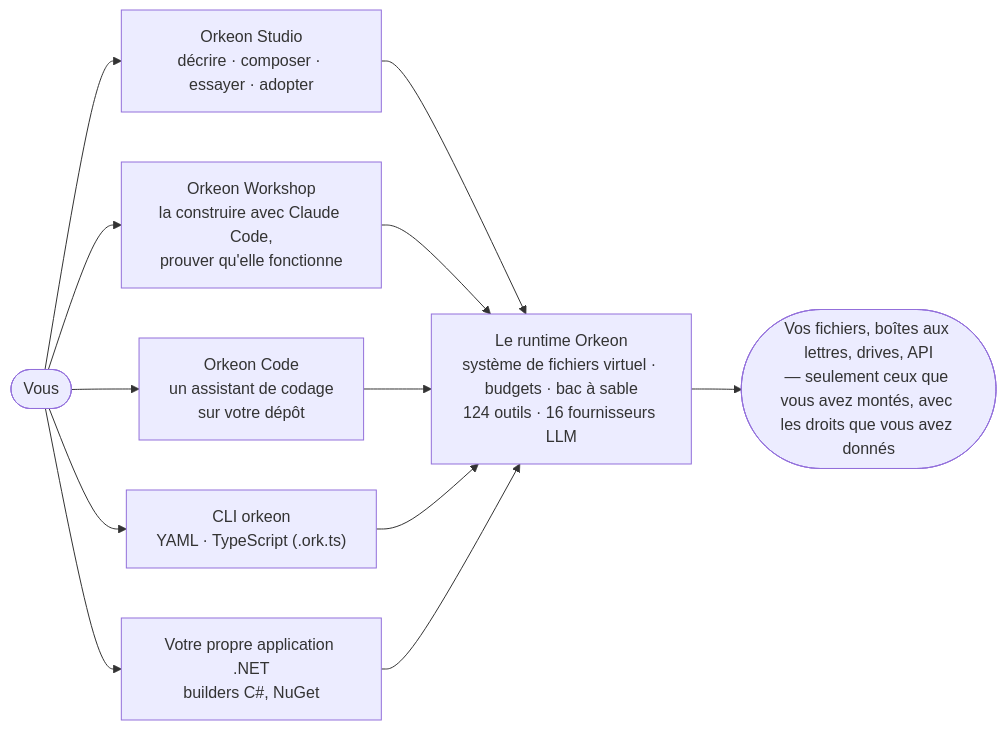
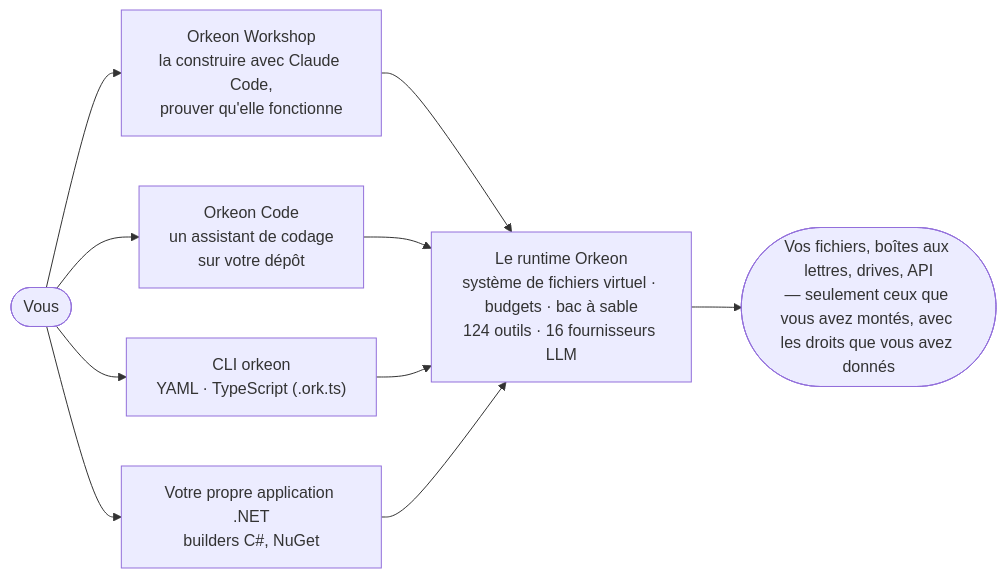
One commit to Orkeon/orkeon changed the diagram in README.fr.md. Above: the diagram before and after it, drawn with Mermaid. The commit also changed other lines of this file and 1106 other files, not shown here.

First line of the commit message:
chore: remove Orkeon Studio, now in its own repository (#323)

````diff
--- a/README.fr.md
+++ b/README.fr.md
@@ -30,10 +30,9 @@
 ```mermaid
 flowchart LR
-    you(["Vous"]) --> studio["Orkeon Studio<br/>décrire · composer · essayer · adopter"]
-    you --> workshop["Orkeon Workshop<br/>la construire avec Claude Code,<br/>prouver qu'elle fonctionne"]
+    you(["Vous"]) --> workshop["Orkeon Workshop<br/>la construire avec Claude Code,<br/>prouver qu'elle fonctionne"]
     you --> code["Orkeon Code<br/>un assistant de codage<br/>sur votre dépôt"]
     you --> cli["CLI orkeon<br/>YAML · TypeScript (.ork.ts)"]
     you --> app["Votre propre application .NET<br/>builders C#, NuGet"]
-    studio & workshop & code & cli & app --> runtime["Le runtime Orkeon<br/>système de fichiers virtuel · budgets · bac à sable<br/>124 outils · 16 fournisseurs LLM"]
+    workshop & code & cli & app --> runtime["Le runtime Orkeon<br/>système de fichiers virtuel · budgets · bac à sable<br/>124 outils · 16 fournisseurs LLM"]
     runtime --> world(["Vos fichiers, boîtes aux lettres, drives, API<br/>— seulement ceux que vous avez montés, avec les droits que vous avez donnés"])
 ```
````
